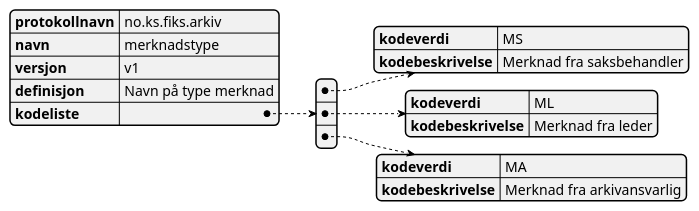
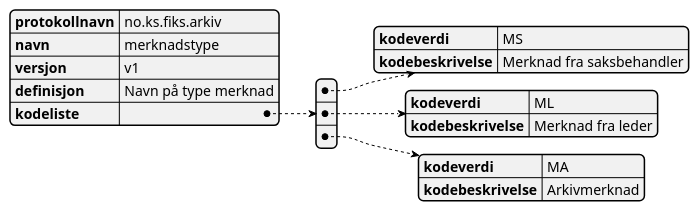
The diagram in Schema/V1/kodelister/no.ks.fiks.arkiv.v1.kodelister.merknadstype/no.ks.fiks.arkiv.v1.kodelister.merknadstype.puml (ks-no/fiks-arkiv-specification), drawn with PlantUML before and after one commit. The commit also changed 9 other files, not shown here.

```diff
--- a/Schema/V1/kodelister/no.ks.fiks.arkiv.v1.kodelister.merknadstype/no.ks.fiks.arkiv.v1.kodelister.merknadstype.puml
+++ b/Schema/V1/kodelister/no.ks.fiks.arkiv.v1.kodelister.merknadstype/no.ks.fiks.arkiv.v1.kodelister.merknadstype.puml
@@ -1,22 +1,22 @@
 @startjson
 {
   "protokollnavn": "no.ks.fiks.arkiv",
   "navn": "merknadstype",
   "versjon": "v1",
   "definisjon": "Navn på type merknad",
   "kodeliste": [
     {
       "kodeverdi" : "MS",
       "kodebeskrivelse" : "Merknad fra saksbehandler"
     },
     {
       "kodeverdi" : "ML",
       "kodebeskrivelse" : "Merknad fra leder"
     },
     {
       "kodeverdi" : "MA",
-      "kodebeskrivelse" : "Merknad fra arkivansvarlig"
+      "kodebeskrivelse" : "Arkivmerknad"
     }
   ]
 }
 @endjson
```
